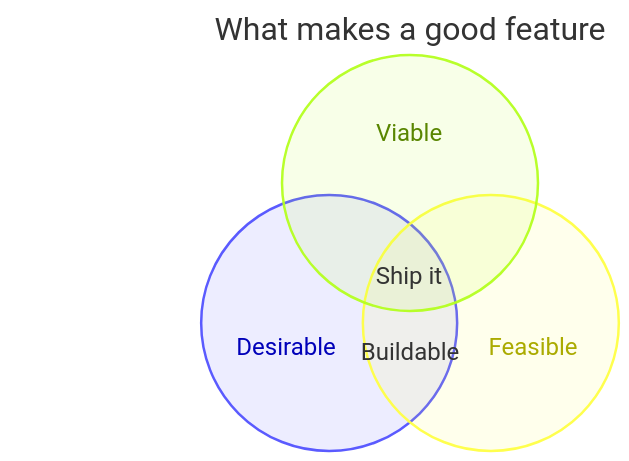
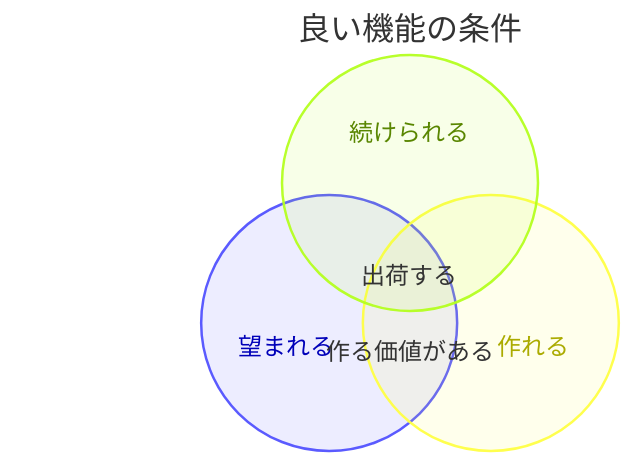
Before and after one commit to iimuz/dotfiles: the fourth of 7 diagrams in .config/claude/skills/diagram/references/patterns.md, drawn with Mermaid. The commit also changed other lines of this file and 7 other files, not shown here.

Commit message:
docs: js-page-fetch、qmd、subagent-first、gh-ops、diagram に残る英語を日本語にする

````diff
--- a/.config/claude/skills/diagram/references/patterns.md
+++ b/.config/claude/skills/diagram/references/patterns.md
@@ -67,9 +67,9 @@
 ```mermaid
 venn-beta
-  title What makes a good feature
-  set Desirable
-  set Feasible
-  set Viable
-  union Desirable,Feasible["Buildable"]
-  union Desirable,Feasible,Viable["Ship it"]
+  title 良い機能の条件
+  set Desirable["望まれる"]
+  set Feasible["作れる"]
+  set Viable["続けられる"]
+  union Desirable,Feasible["作る価値がある"]
+  union Desirable,Feasible,Viable["出荷する"]
 ```
````
